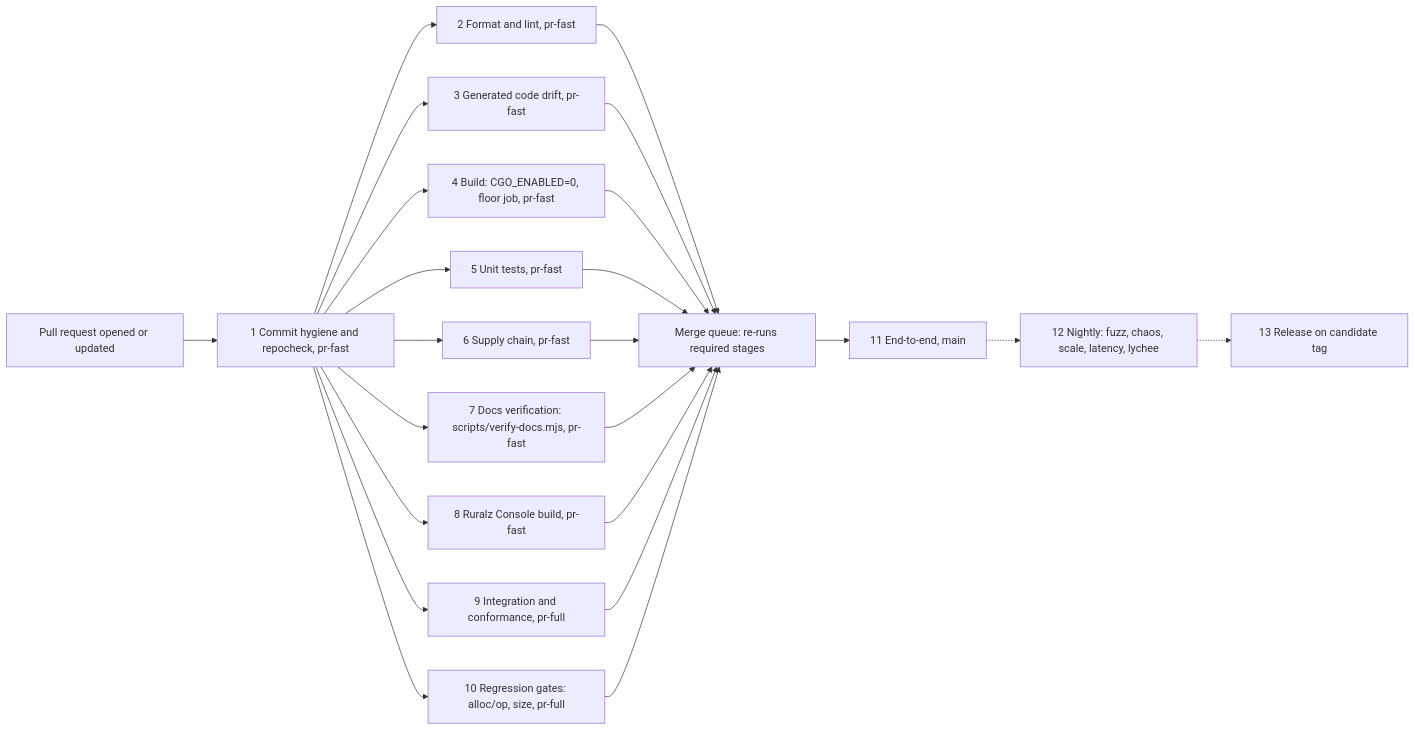
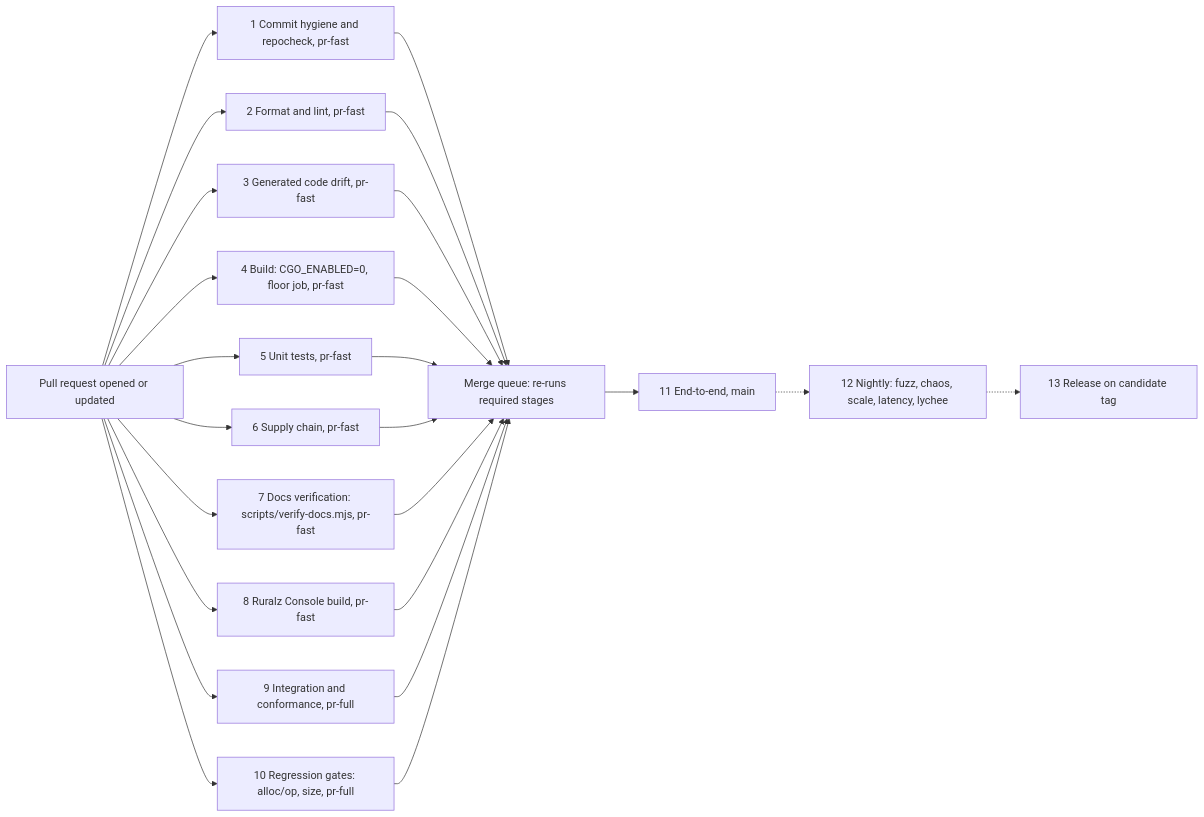
One commit to ravindu-rev/ruralz changed the third of 3 diagrams in docs/engineering/02-repository-layout-and-conventions.md. Above: the diagram before and after it, drawn with Mermaid. The commit also changed other lines of this file and 18 other files, not shown here.

````diff
--- a/docs/engineering/02-repository-layout-and-conventions.md
+++ b/docs/engineering/02-repository-layout-and-conventions.md
@@ -469,40 +469,41 @@
 ```mermaid
 flowchart LR
   pr["Pull request opened or updated"]
   s1["1 Commit hygiene and repocheck, pr-fast"]
   s2["2 Format and lint, pr-fast"]
   s3["3 Generated code drift, pr-fast"]
   s4["4 Build: CGO_ENABLED=0, floor job, pr-fast"]
   s5["5 Unit tests, pr-fast"]
   s6["6 Supply chain, pr-fast"]
   s7["7 Docs verification: scripts/verify-docs.mjs, pr-fast"]
   s8["8 Ruralz Console build, pr-fast"]
   s9["9 Integration and conformance, pr-full"]
   s10["10 Regression gates: alloc/op, size, pr-full"]
   mq["Merge queue: re-runs required stages"]
   s11["11 End-to-end, main"]
   s12["12 Nightly: fuzz, chaos, scale, latency, lychee"]
   s13["13 Release on candidate tag"]
   pr --> s1
-  s1 --> s2
-  s1 --> s3
-  s1 --> s4
-  s1 --> s5
-  s1 --> s6
-  s1 --> s7
-  s1 --> s8
-  s1 --> s9
-  s1 --> s10
+  pr --> s2
+  pr --> s3
+  pr --> s4
+  pr --> s5
+  pr --> s6
+  pr --> s7
+  pr --> s8
+  pr --> s9
+  pr --> s10
+  s1 --> mq
   s2 --> mq
   s3 --> mq
   s4 --> mq
   s5 --> mq
   s6 --> mq
   s7 --> mq
   s8 --> mq
   s9 --> mq
   s10 --> mq
   mq --> s11
   s11 -.-> s12
   s12 -.-> s13
 ```
````
